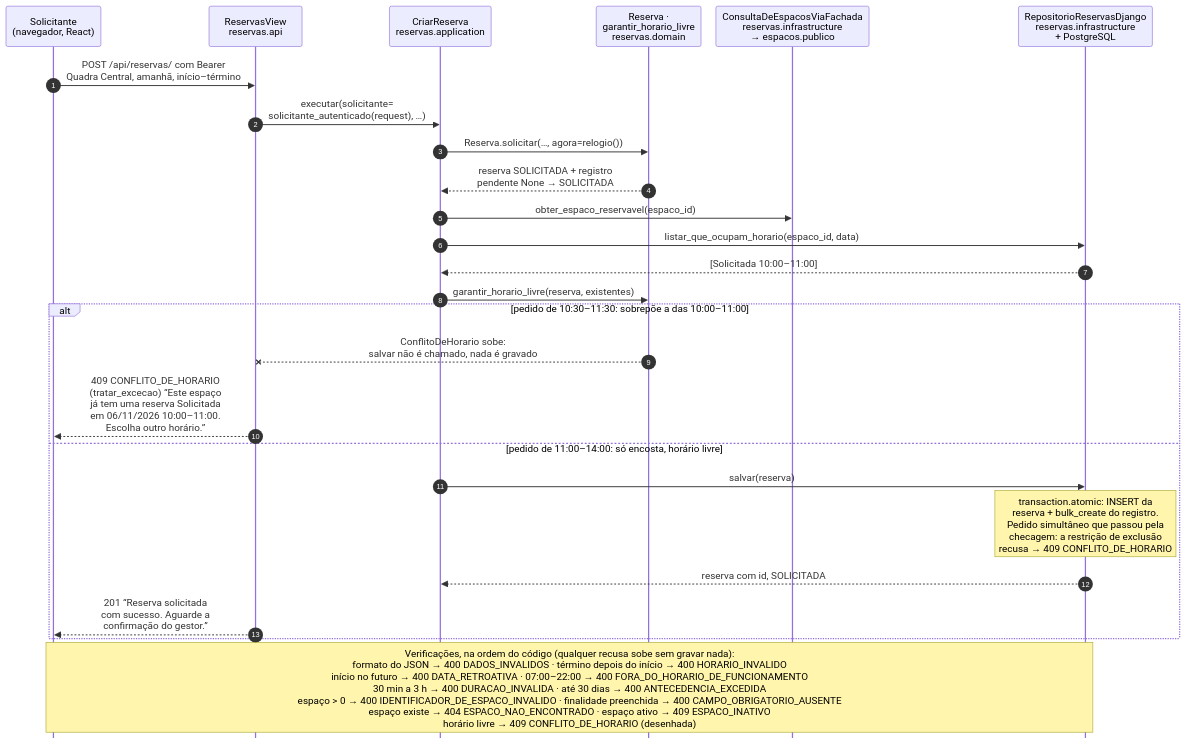
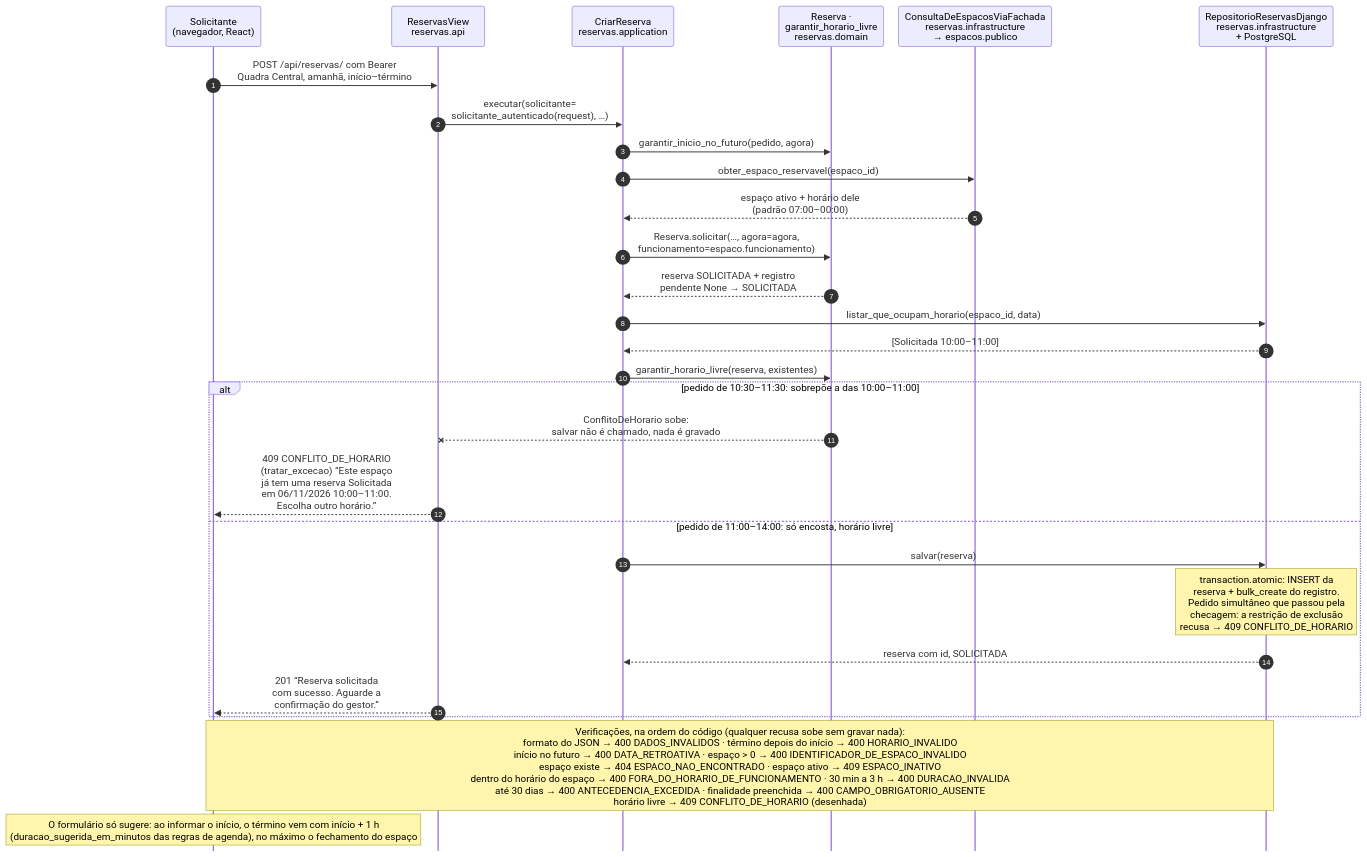
One commit to maxzdosreis/PP_Grupo03_ConectaCampus changed the diagram in docs/fontes/modelagem/solicitar-reserva.mmd. Above: the diagram before and after it, drawn with Mermaid. The commit also changed 130 other files, not shown here.

Commit message:
feat(espacos): permite configurar o horário de funcionamento por espaço e atualiza os valores da agenda

```diff
--- a/docs/fontes/modelagem/solicitar-reserva.mmd
+++ b/docs/fontes/modelagem/solicitar-reserva.mmd
@@ -1,45 +1,48 @@
 %%{init: {"sequence": {"mirrorActors": false, "actorMargin": 24, "messageMargin": 22, "boxMargin": 6, "noteMargin": 6}}}%%
 sequenceDiagram
 %% Figura 5 — Solicitar uma reserva (DOC-03).
 %% Fonte versionada. solicitar-reserva.svg e solicitar-reserva.png são GERADOS a partir deste arquivo
 %% (comando no README.md desta pasta); nunca edite as imagens à mão.
 %% Conferido por scripts/verificar_fluxo_principal.py: participantes, métodos e parâmetros nomeados,
 %% ordem das chamadas (ast), ordem da nota "Verificações", códigos, status e mensagens.
 %% Cenário dos dados de exemplo (carregar_dados_exemplo): Bruno Lima pede a Quadra Poliesportiva Central
 %% para amanhã (06/11/2026 nesta figura); a reserva Solicitada dele das 10:00–11:00 ocupa o horário. Dois
-%% pedidos iguais até o passo 8, que só diferem no horário: 10:30–11:30, o horário de conflito documentado no
+%% pedidos iguais até o passo 10, que só diferem no horário: 10:30–11:30, o horário de conflito documentado no
 %% README (CONFLITO_PARA_DEMONSTRACAO), e 11:00–14:00, o do "Usar este horário". O alt decide por ele.
 %% participante: NAV = src/frontend/src/components/reservas/FormularioDeReserva.tsx, src/frontend/src/api/reservas.ts
 %% participante: VIEW = reservas.api.views.ReservasView
 %% participante: CASO = reservas.application.casos_de_uso.CriarReserva
-%% participante: DOM = reservas.domain.reserva.Reserva, reservas.domain.conflito_de_horario.garantir_horario_livre
+%% participante: DOM = reservas.domain.reserva.Reserva, reservas.domain.regras_de_agenda.garantir_inicio_no_futuro, reservas.domain.conflito_de_horario.garantir_horario_livre
 %% participante: ESP = reservas.infrastructure.consulta_de_espacos.ConsultaDeEspacosViaFachada, espacos.publico.verificar_espaco_disponivel
 %% participante: REPO = reservas.infrastructure.repositorio_django.RepositorioReservasDjango, reservas.infrastructure.models.ReservaModel
 %% rota: POST reservas:lista
 %% campo: CAMPO_OBRIGATORIO_AUSENTE = finalidade
   autonumber
   participant NAV as Solicitante<br/>(navegador, React)
   participant VIEW as ReservasView<br/>reservas.api
   participant CASO as CriarReserva<br/>reservas.application
   participant DOM as Reserva ·<br/>garantir_horario_livre<br/>reservas.domain
   participant ESP as ConsultaDeEspacosViaFachada<br/>reservas.infrastructure<br/>→ espacos.publico
   participant REPO as RepositorioReservasDjango<br/>reservas.infrastructure<br/>+ PostgreSQL
 
   NAV->>VIEW: POST /api/reservas/ com Bearer<br/>Quadra Central, amanhã, início–término
   VIEW->>CASO: executar(solicitante=<br/>solicitante_autenticado(request), …)
-  CASO->>DOM: Reserva.solicitar(…, agora=relogio())
+  CASO->>DOM: garantir_inicio_no_futuro(pedido, agora)
+  CASO->>ESP: obter_espaco_reservavel(espaco_id)
+  ESP-->>CASO: espaço ativo + horário dele<br/>(padrão 07:00–00:00)
+  CASO->>DOM: Reserva.solicitar(…, agora=agora,<br/>funcionamento=espaco.funcionamento)
   DOM-->>CASO: reserva SOLICITADA + registro<br/>pendente None → SOLICITADA
-  CASO->>ESP: obter_espaco_reservavel(espaco_id)
   CASO->>REPO: listar_que_ocupam_horario(espaco_id, data)
   REPO-->>CASO: [Solicitada 10:00–11:00]
   CASO->>DOM: garantir_horario_livre(reserva, existentes)
   alt pedido de 10:30–11:30: sobrepõe a das 10:00–11:00
     DOM--xVIEW: ConflitoDeHorario sobe:<br/>salvar não é chamado, nada é gravado
     VIEW-->>NAV: 409 CONFLITO_DE_HORARIO<br/>(tratar_excecao) “Este espaço<br/>já tem uma reserva Solicitada<br/>em 06/11/2026 10:00–11:00.<br/>Escolha outro horário.”
   else pedido de 11:00–14:00: só encosta, horário livre
     CASO->>REPO: salvar(reserva)
     Note over REPO: transaction.atomic: INSERT da<br/>reserva + bulk_create do registro.<br/>Pedido simultâneo que passou pela<br/>checagem: a restrição de exclusão<br/>recusa → 409 CONFLITO_DE_HORARIO
     REPO-->>CASO: reserva com id, SOLICITADA
     VIEW-->>NAV: 201 “Reserva solicitada<br/>com sucesso. Aguarde a<br/>confirmação do gestor.”
   end
-  Note over NAV,REPO: Verificações, na ordem do código (qualquer recusa sobe sem gravar nada):<br/>formato do JSON → 400 DADOS_INVALIDOS · término depois do início → 400 HORARIO_INVALIDO<br/>início no futuro → 400 DATA_RETROATIVA · 07:00–22:00 → 400 FORA_DO_HORARIO_DE_FUNCIONAMENTO<br/>30 min a 3 h → 400 DURACAO_INVALIDA · até 30 dias → 400 ANTECEDENCIA_EXCEDIDA<br/>espaço > 0 → 400 IDENTIFICADOR_DE_ESPACO_INVALIDO · finalidade preenchida → 400 CAMPO_OBRIGATORIO_AUSENTE<br/>espaço existe → 404 ESPACO_NAO_ENCONTRADO · espaço ativo → 409 ESPACO_INATIVO<br/>horário livre → 409 CONFLITO_DE_HORARIO (desenhada)
+  Note over NAV,REPO: Verificações, na ordem do código (qualquer recusa sobe sem gravar nada):<br/>formato do JSON → 400 DADOS_INVALIDOS · término depois do início → 400 HORARIO_INVALIDO<br/>início no futuro → 400 DATA_RETROATIVA · espaço > 0 → 400 IDENTIFICADOR_DE_ESPACO_INVALIDO<br/>espaço existe → 404 ESPACO_NAO_ENCONTRADO · espaço ativo → 409 ESPACO_INATIVO<br/>dentro do horário do espaço → 400 FORA_DO_HORARIO_DE_FUNCIONAMENTO · 30 min a 3 h → 400 DURACAO_INVALIDA<br/>até 30 dias → 400 ANTECEDENCIA_EXCEDIDA · finalidade preenchida → 400 CAMPO_OBRIGATORIO_AUSENTE<br/>horário livre → 409 CONFLITO_DE_HORARIO (desenhada)
+  Note over NAV: O formulário só sugere: ao informar o início, o término vem com início + 1 h<br/>(duracao_sugerida_em_minutos das regras de agenda), no máximo o fechamento do espaço
```
